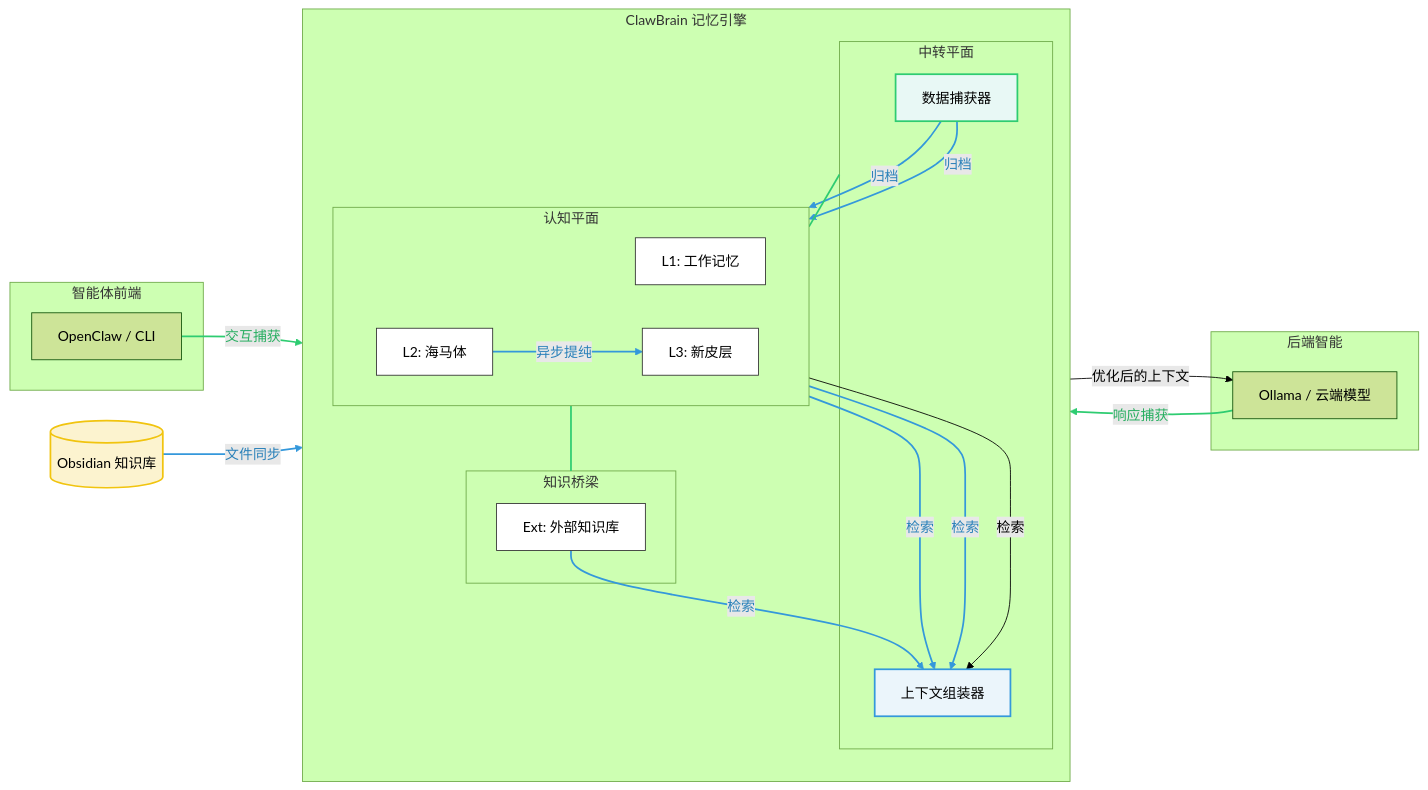
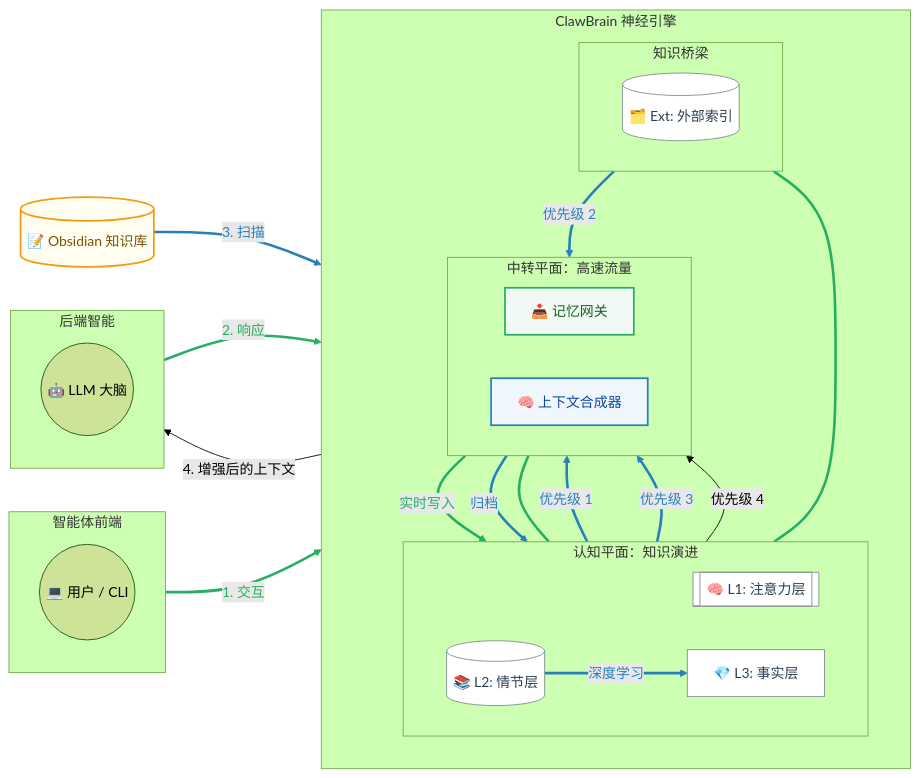
One commit to winnerineast/ClawBrain changed the diagram in README_CN.md. Above: the diagram before and after it, drawn with Mermaid (forest theme). The commit also changed other lines of this file and 1 other file, not shown here.

Commit message:
docs: upgrade architecture diagram to high-fidelity professional Data Flow Diagram

````diff
--- a/README_CN.md
+++ b/README_CN.md
@@ -110,58 +110,65 @@
 ```mermaid
 flowchart LR
-    %% 样式定义
-    classDef capture stroke:#2ecc71,stroke-width:2px,fill:#e8f8f5
-    classDef cognitive stroke:#3498db,stroke-width:2px,fill:#ebf5fb
-    classDef storage fill:#ffffff,stroke:#333,stroke-width:1px
-    classDef external fill:#fcf3cf,stroke:#f1c40f,stroke-width:2px
+    %% 专业配色方案
+    classDef capture_node stroke:#27ae60,stroke-width:2px,fill:#f1f9f5,color:#1b5e20
+    classDef cognitive_node stroke:#2980b9,stroke-width:2px,fill:#f0f7fc,color:#0d47a1
+    classDef storage_node stroke:#7f8c8d,stroke-width:1px,fill:#ffffff,color:#2c3e50
+    classDef vault_node stroke:#f39c12,stroke-width:2px,fill:#fffef0,color:#7e5109
 
-    %% 1. 水平平面布局
+    %% 1. 水平布局
     subgraph Left [智能体前端]
-        OC[OpenClaw / CLI]
+        direction TB
+        User((💻 用户 / CLI))
     end
 
-    subgraph Center [ClawBrain 记忆引擎]
+    subgraph Center [ClawBrain 神经引擎]
         direction TB
-        subgraph Relay [中转平面]
-            Ingest[数据捕获器]:::capture
-            Assemble[上下文组装器]:::cognitive
+        
+        subgraph RelayPlane [中转平面：高速流量]
+            direction LR
+            Ingest[📥 记忆网关]:::capture_node
+            Assemble[🧠 上下文合成器]:::cognitive_node
         end
-        subgraph Cognitive [认知平面]
+
+        subgraph MemoryPlane [认知平面：知识演进]
             direction LR
-            L1[L1: 工作记忆]:::storage
-            L2[L2: 海马体]:::storage
-            L3[L3: 新皮层]:::storage
+            L1[[🧠 L1: 注意力层]]:::storage_node
+            L2[(📚 L2: 情节层)]:::storage_node
+            L3[💎 L3: 事实层]:::storage_node
         end
-        subgraph Knowledge [知识桥梁]
-            Ext[Ext: 外部知识库]:::storage
+
+        subgraph KnowledgePlane [知识桥梁]
+            direction LR
+            Ext[(🗂️ Ext: 外部索引)]:::storage_node
         end
-        %% 纵向堆叠约束
-        Relay ~~~ Cognitive ~~~ Knowledge
+
+        %% 结构对齐（不可见）
+        RelayPlane ~~~ MemoryPlane ~~~ KnowledgePlane
     end
 
     subgraph Right [后端智能]
-        LLM[Ollama / 云端模型]
+        direction TB
+        LLM((🤖 LLM 大脑))
     end
 
-    Vault[(Obsidian 知识库)]:::external
+    Vault[(📝 Obsidian 知识库)]:::vault_node
 
-    %% --- 数据流 1: 记忆捕获 (绿色) ---
-    %% 信息如何进入系统并转化为记忆
-    OC -- "交互捕获" --> Ingest
-    LLM -- "响应捕获" --> Ingest
-    Ingest -- "归档" --> L1 & L2
-    Vault -- "文件同步" --> Ext
+    %% --- 流程 1: 记忆捕获 (绿色) ---
+    User -- "1. 交互" --> Ingest
+    LLM -- "2. 响应" --> Ingest
+    Ingest -- "实时写入" --> L1
+    Ingest -- "归档" --> L2
+    Vault -- "3. 扫描" --> Ext
 
-    %% --- 数据流 2: 优化与召回 (蓝色) ---
-    %% 记忆如何被处理并检索以优化上下文
-    L2 -- "异步提纯" --> L3
-    L3 -- "检索" --> Assemble
-    Ext -- "检索" --> Assemble
-    L1 -- "检索" --> Assemble
-    L2 -- "检索" --> Assemble
-    Assemble -- "优化后的上下文" --> LLM
+    %% --- 流程 2: 认知优化 (蓝色) ---
+    L2 -- "深度学习" --> L3
+    L3 -- "优先级 1" --> Assemble
+    Ext -- "优先级 2" --> Assemble
+    L1 -- "优先级 3" --> Assemble
+    L2 -- "优先级 4" --> Assemble
+    Assemble -- "4. 增强后的上下文" --> LLM
 
-    %% 应用连线样式
-    linkStyle 0,1,2,3 stroke:#2ecc71,stroke-width:2px,color:#27ae60
-    linkStyle 4,5,6,7,8,9,10 stroke:#3498db,stroke-width:2px,color:#2980b9
+    %% 连线专业样式
+    linkStyle 0,1,2,3,4 stroke:#27ae60,stroke-width:3px,color:#27ae60
+    linkStyle 5,6,7,8,9,10 stroke:#2980b9,stroke-width:3px,color:#2980b9
 ```
````
